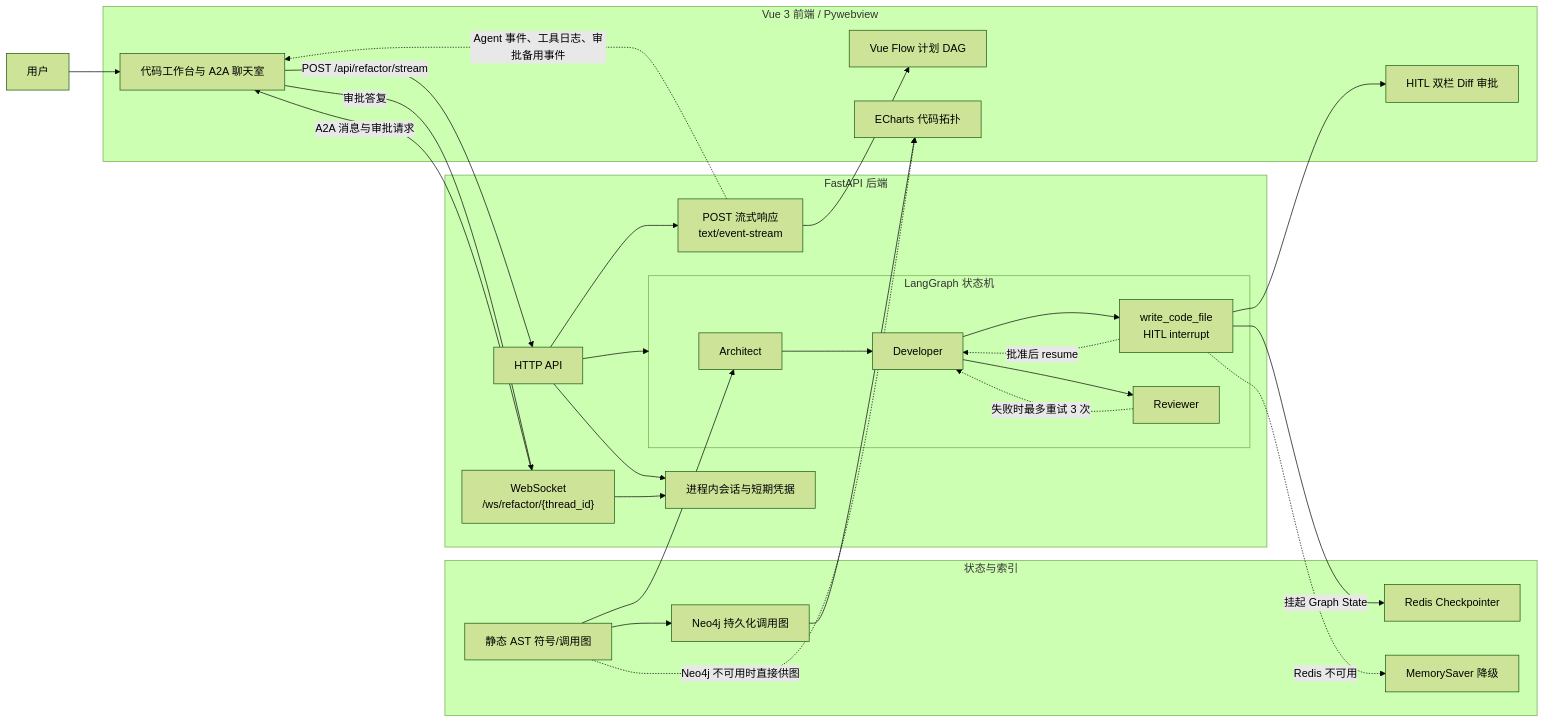
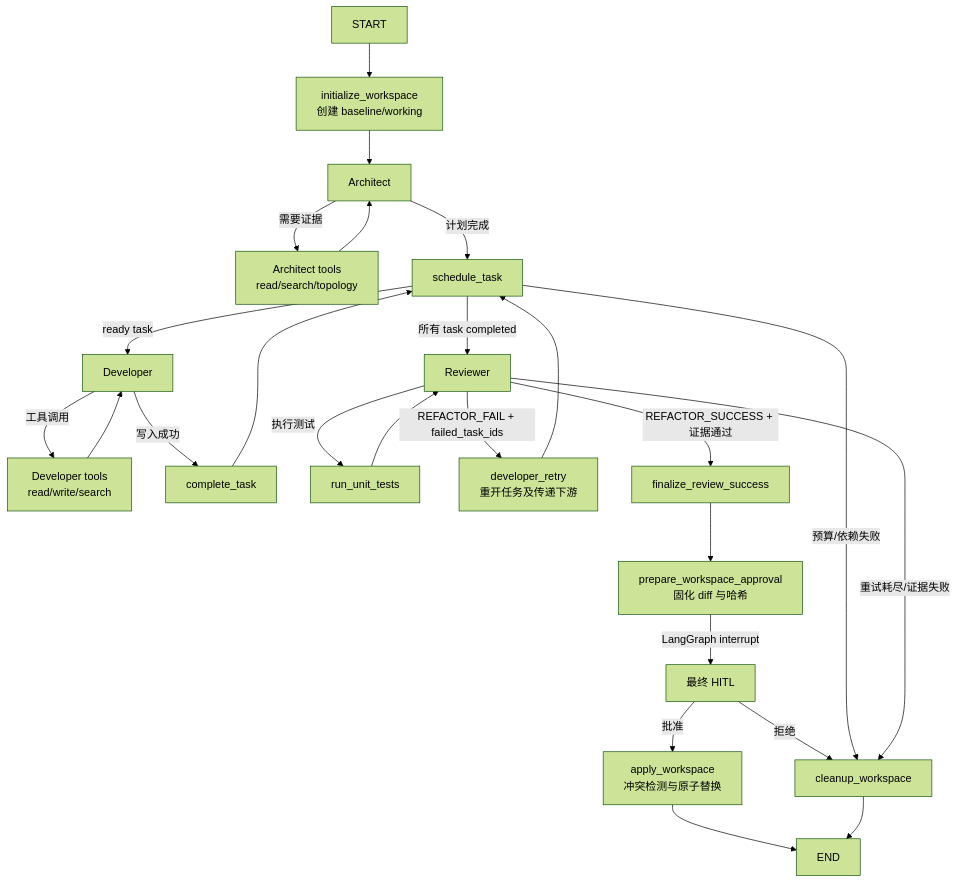
The first of 2 diagrams in docs/architecture.md (SinerZ1/Refactor-Agent), drawn with Mermaid (forest theme) before and after one commit. The commit also changed other lines of this file and 16 other files, not shown here.

````diff
--- a/docs/architecture.md
+++ b/docs/architecture.md
@@ -15,54 +32,27 @@
 ```mermaid
-flowchart LR
-    User["用户"]
-
-    subgraph Frontend["Vue 3 前端 / Pywebview"]
-        UI["代码工作台与 A2A 聊天室"]
-        Diff["HITL 双栏 Diff 审批"]
-        Dag["Vue Flow 计划 DAG"]
-        Topology["ECharts 代码拓扑"]
-    end
-
-    subgraph Backend["FastAPI 后端"]
-        Http["HTTP API"]
-        Sse["POST 流式响应<br/>text/event-stream"]
-        Ws["WebSocket<br/>/ws/refactor/{thread_id}"]
-        Session["进程内会话与短期凭据"]
-
-        subgraph Graph["LangGraph 状态机"]
-            Architect["Architect"]
-            Developer["Developer"]
-            Interrupt["write_code_file<br/>HITL interrupt"]
-            Reviewer["Reviewer"]
-            Architect --> Developer --> Reviewer
-            Developer --> Interrupt
-            Interrupt -. "批准后 resume" .-> Developer
-            Reviewer -. "失败时最多重试 3 次" .-> Developer
-        end
-    end
-
-    subgraph State["状态与索引"]
-        Redis["Redis Checkpointer"]
-        Memory["MemorySaver 降级"]
-        Ast["静态 AST 符号/调用图"]
-        Neo4j["Neo4j 持久化调用图"]
-    end
-
-    User --> UI
-    UI -->|"POST /api/refactor/stream"| Http
-    Http --> Sse
-    Sse -. "Agent 事件、工具日志、审批备用事件" .-> UI
-    UI -->|"审批答复"| Ws
-    Ws -->|"A2A 消息与审批请求"| UI
-    Http --> Session
-    Ws --> Session
-    Http --> Graph
-    Interrupt -->|"挂起 Graph State"| Redis
-    Interrupt -. "Redis 不可用" .-> Memory
-    Interrupt --> Diff
-    Sse --> Dag
-    Ast --> Architect
-    Ast --> Neo4j
-    Neo4j --> Topology
-    Ast -. "Neo4j 不可用时直接供图" .-> Topology
+flowchart TD
+    Start["START"] --> Init["initialize_workspace<br/>创建 baseline/working"]
+    Init --> A["Architect"]
+    A -->|"需要证据"| AT["Architect tools<br/>read/search/topology"]
+    AT --> A
+    A -->|"计划完成"| S["schedule_task"]
+    S -->|"ready task"| D["Developer"]
+    D -->|"工具调用"| DT["Developer tools<br/>read/write/search"]
+    DT --> D
+    D -->|"写入成功"| C["complete_task"]
+    C --> S
+    S -->|"所有 task completed"| R["Reviewer"]
+    R -->|"执行测试"| RT["run_unit_tests"]
+    RT --> R
+    R -->|"REFACTOR_FAIL + failed_task_ids"| Retry["developer_retry<br/>重开任务及传递下游"]
+    Retry --> S
+    R -->|"REFACTOR_SUCCESS + 证据通过"| Final["finalize_review_success"]
+    Final --> Prep["prepare_workspace_approval<br/>固化 diff 与哈希"]
+    Prep -->|"LangGraph interrupt"| Human["最终 HITL"]
+    Human -->|"批准"| Apply["apply_workspace<br/>冲突检测与原子替换"]
+    Human -->|"拒绝"| Clean["cleanup_workspace"]
+    Apply --> End["END"]
+    Clean --> End
+    S -->|"预算/依赖失败"| Clean
+    R -->|"重试耗尽/证据失败"| Clean
 ```
````
